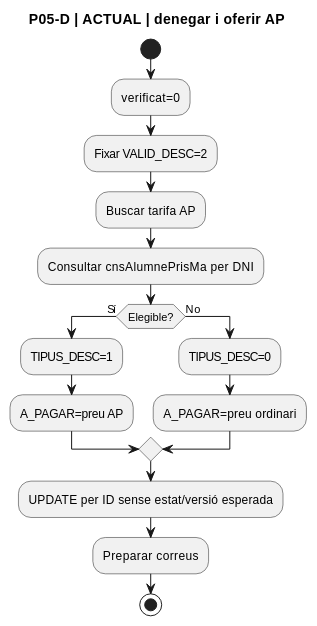
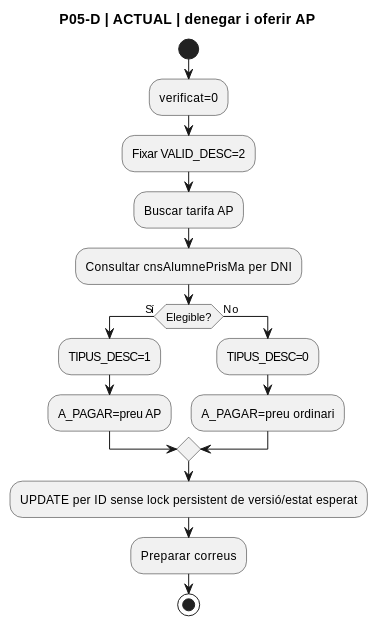
Before and after one commit to orgmeriemprismacat-del/verifactu: diagram 20 of 25 in documentacio/07-uml-integrat/uc-020-activitats-pagines-actual-final.md, drawn with PlantUML. The commit also changed other lines of this file, not shown here.

Commit message:
docs(UC-020): revalidate activity diagrams and enrollment authority

````diff
--- a/documentacio/07-uml-integrat/uc-020-activitats-pagines-actual-final.md
+++ b/documentacio/07-uml-integrat/uc-020-activitats-pagines-actual-final.md
@@ -457,20 +462,20 @@
 ```plantuml
 @startuml
 title P05-D | ACTUAL | denegar i oferir AP
 start
 :verificat=0;
 :Fixar VALID_DESC=2;
 :Buscar tarifa AP;
 :Consultar cnsAlumnePrisMa per DNI;
 if (Elegible?) then (Sí)
  :TIPUS_DESC=1;
  :A_PAGAR=preu AP;
 else (No)
  :TIPUS_DESC=0;
  :A_PAGAR=preu ordinari;
 endif
-:UPDATE per ID sense estat/versió esperada;
+:UPDATE per ID sense lock persistent de versió/estat esperat;
 :Preparar correus;
 stop
 @enduml
 ```
````
